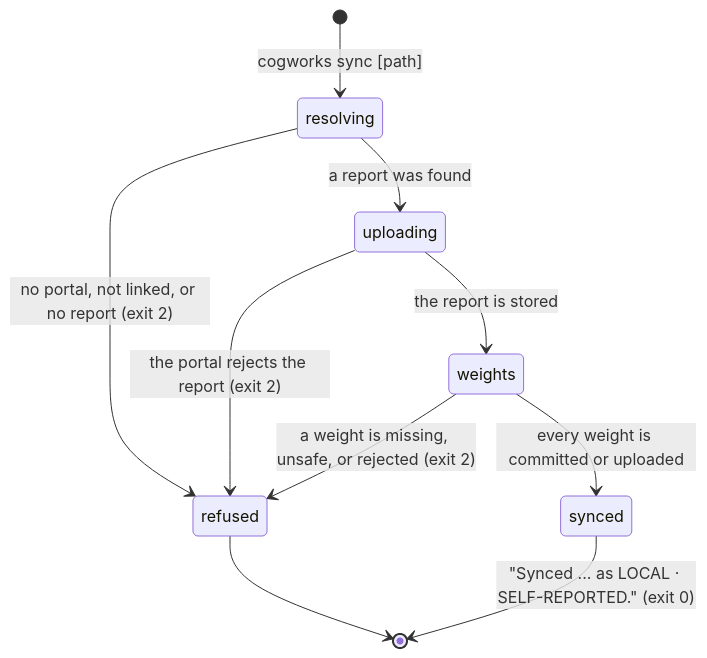
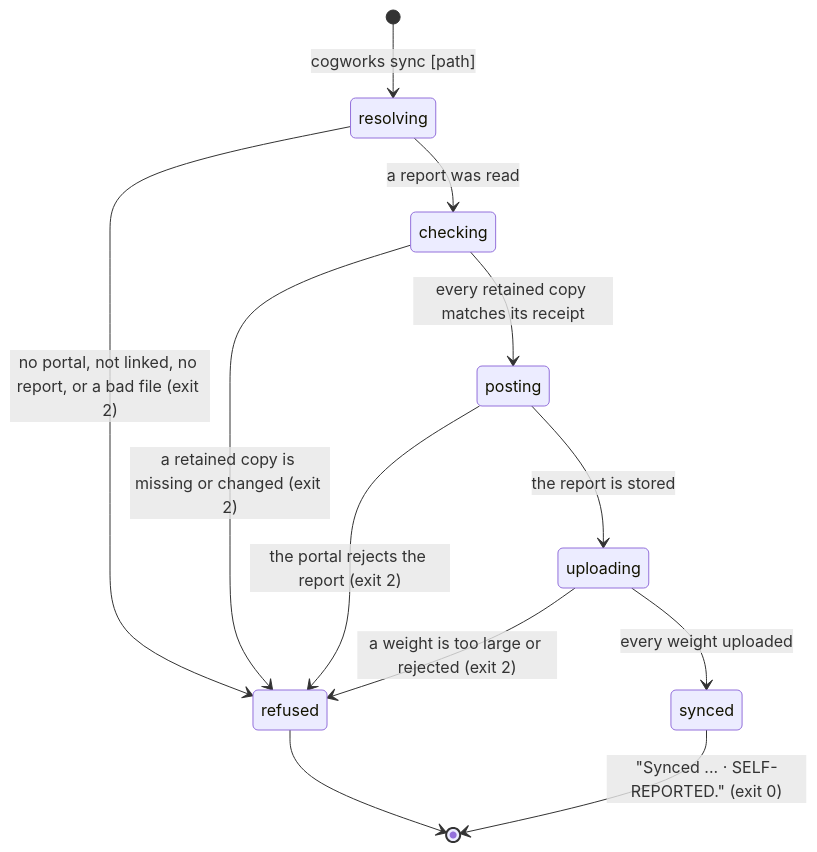
One commit to SamGu-NRX/CogPortal changed the diagram in docs/product-description/terminal/sync.md. Above: the diagram before and after it, drawn with Mermaid. The commit also changed other lines of this file and 41 other files, not shown here.

````diff
--- a/docs/product-description/terminal/sync.md
+++ b/docs/product-description/terminal/sync.md
@@ -43,12 +32,14 @@
 ```mermaid
 stateDiagram-v2
     [*] --> resolving : cogworks sync [path]
-    resolving --> refused : no portal, not linked, or no report (exit 2)
-    resolving --> uploading : a report was found
-    uploading --> refused : the portal rejects the report (exit 2)
-    uploading --> weights : the report is stored
-    weights --> refused : a weight is missing, unsafe, or rejected (exit 2)
-    weights --> synced : every weight is committed or uploaded
-    synced --> [*] : "Synced ... as LOCAL · SELF-REPORTED." (exit 0)
+    resolving --> refused : no portal, not linked, no report, or a bad file (exit 2)
+    resolving --> checking : a report was read
+    checking --> refused : a retained copy is missing or changed (exit 2)
+    checking --> posting : every retained copy matches its receipt
+    posting --> refused : the portal rejects the report (exit 2)
+    posting --> uploading : the report is stored
+    uploading --> refused : a weight is too large or rejected (exit 2)
+    uploading --> synced : every weight uploaded
+    synced --> [*] : "Synced ... · SELF-REPORTED." (exit 0)
     refused --> [*]
 ```
````
